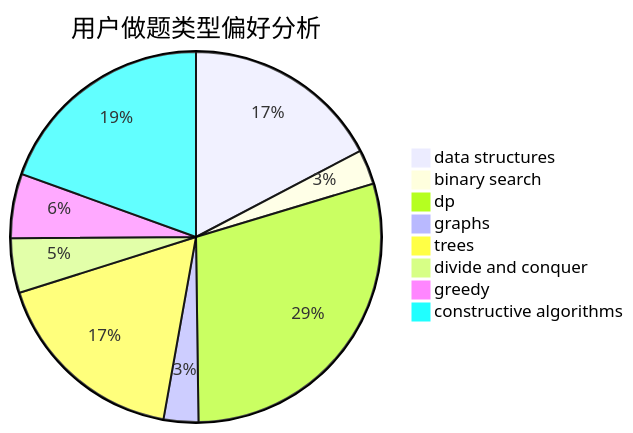
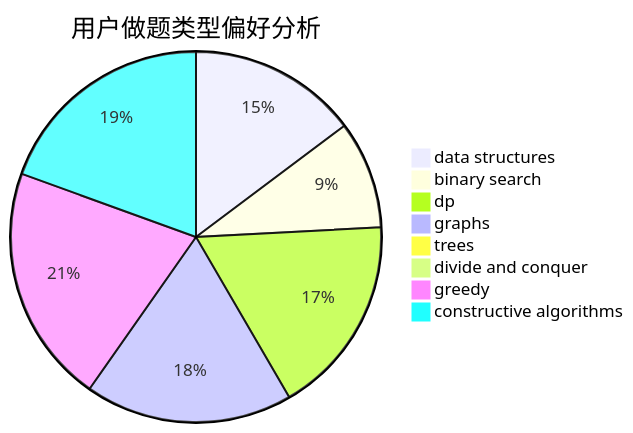
The second of 3 diagrams in docs/user/u2260.md (sherpahu/cfrs.github.io), drawn with Mermaid before and after one commit. The commit also changed other lines of this file and 2770 other files, not shown here.

````diff
--- a/docs/user/u2260.md
+++ b/docs/user/u2260.md
@@ -23,11 +23,11 @@
 ```mermaid
 pie title 用户做题类型偏好分析
-    "data structures" :  40
-    "binary search" :  7
-    "dp" :  68
-    "graphs" :  7
-    "trees" :  40
-    "divide and conquer" :  11
-    "greedy" :  13
-    "constructive algorithms" :  45
+    "data structures" :  22
+    "binary search" :  14
+    "dp" :  26
+    "graphs" :  27
+    "trees" :  0
+    "divide and conquer" :  1
+    "greedy" :  31
+    "constructive algorithms" :  29
 ```
````
